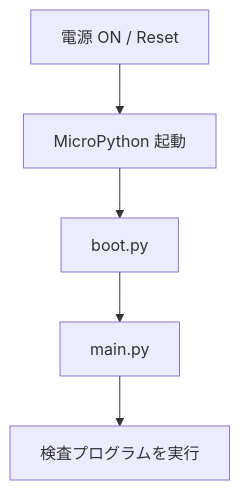
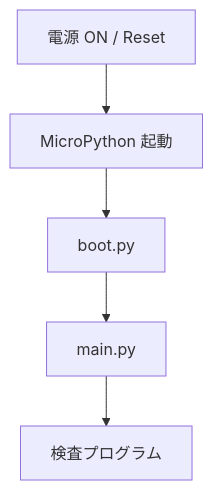
The first of 2 diagrams in 051_ai_learning_m5_connection.md (t-kubota72459/E03), drawn with Mermaid before and after one commit. The commit also changed other lines of this file and 2 other files, not shown here.

````diff
--- a/051_ai_learning_m5_connection.md
+++ b/051_ai_learning_m5_connection.md
@@ -52,7 +108,7 @@
 ```mermaid
 flowchart TD
     A[電源 ON / Reset] --> B[MicroPython 起動]
     B --> C[boot.py]
     C --> D[main.py]
-    D --> E[検査プログラムを実行]
+    D --> E[検査プログラム]
 ```
````
